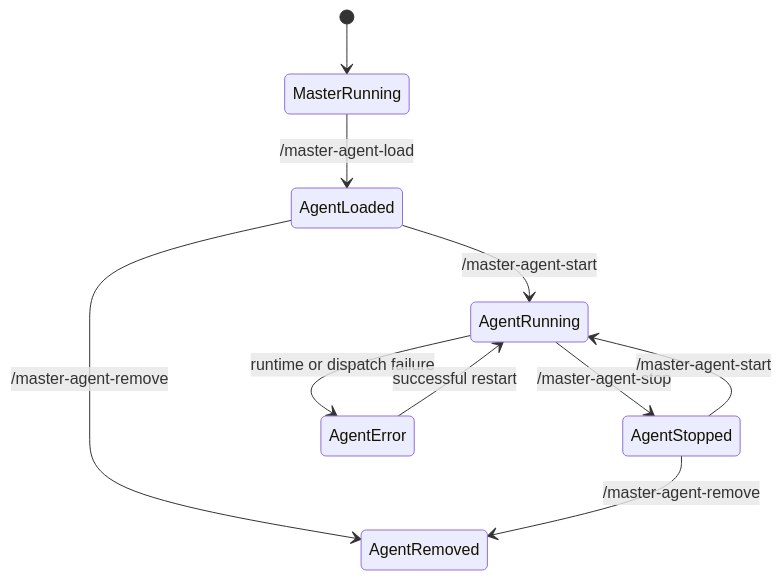
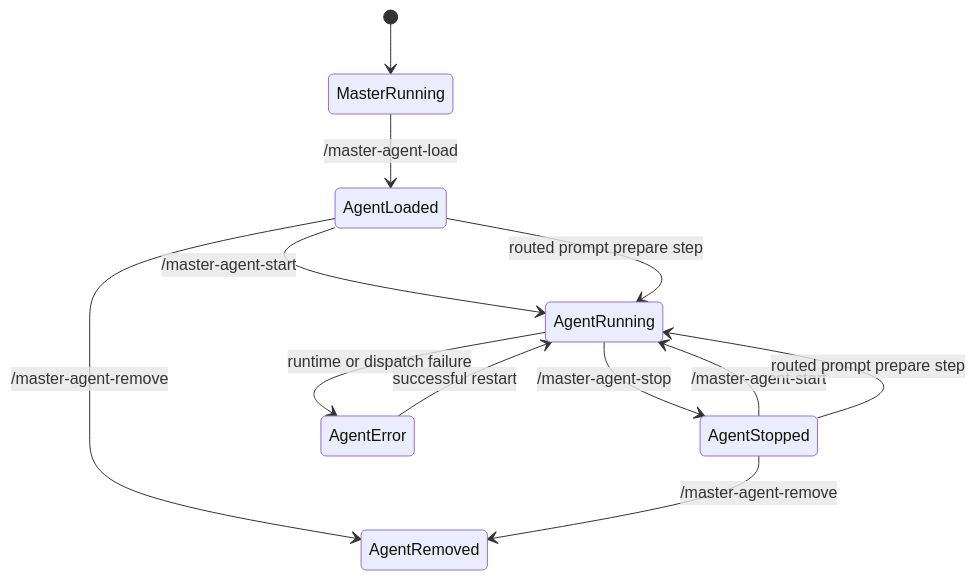
The fourth of 4 diagrams in docs/design/master-agent-architecture.md (pandazxx/codex-slack), drawn with Mermaid before and after one commit. The commit also changed other lines of this file and 6 other files, not shown here.

Commit message:
docs: document agent message prepare behavior

````diff
--- a/docs/design/master-agent-architecture.md
+++ b/docs/design/master-agent-architecture.md
@@ -227,12 +232,14 @@
 ```mermaid
 stateDiagram-v2
     [*] --> MasterRunning
     MasterRunning --> AgentLoaded: /master-agent-load
     AgentLoaded --> AgentRunning: /master-agent-start
+    AgentLoaded --> AgentRunning: routed prompt prepare step
     AgentRunning --> AgentStopped: /master-agent-stop
     AgentStopped --> AgentRunning: /master-agent-start
+    AgentStopped --> AgentRunning: routed prompt prepare step
     AgentLoaded --> AgentRemoved: /master-agent-remove
     AgentStopped --> AgentRemoved: /master-agent-remove
     AgentRunning --> AgentError: runtime or dispatch failure
     AgentError --> AgentRunning: successful restart
 ```
````
